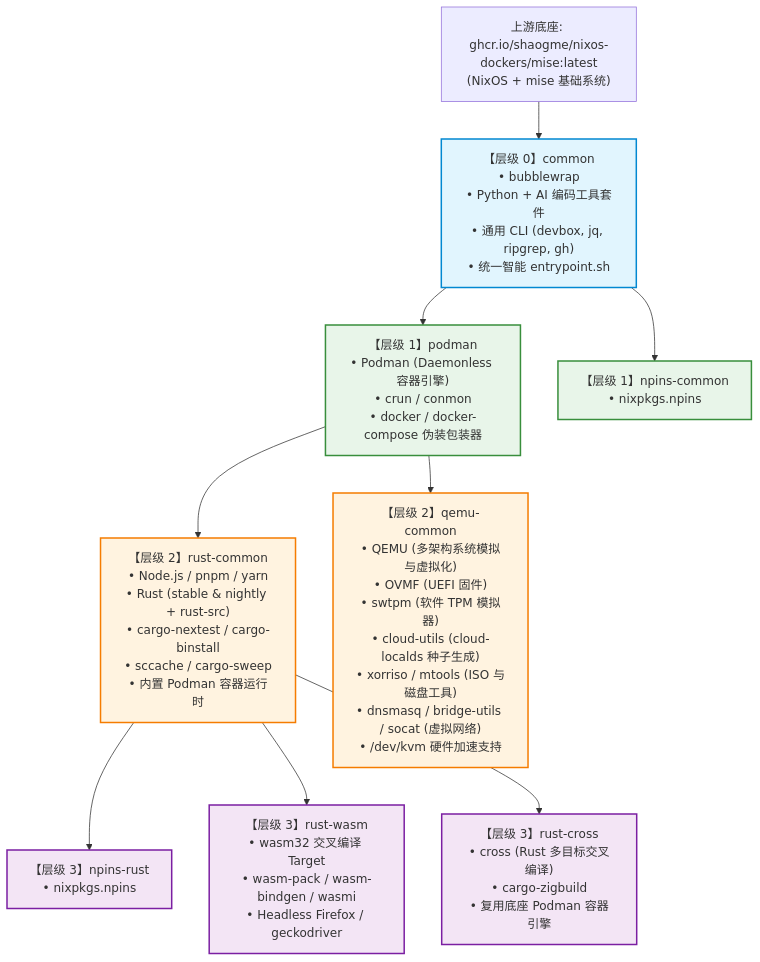
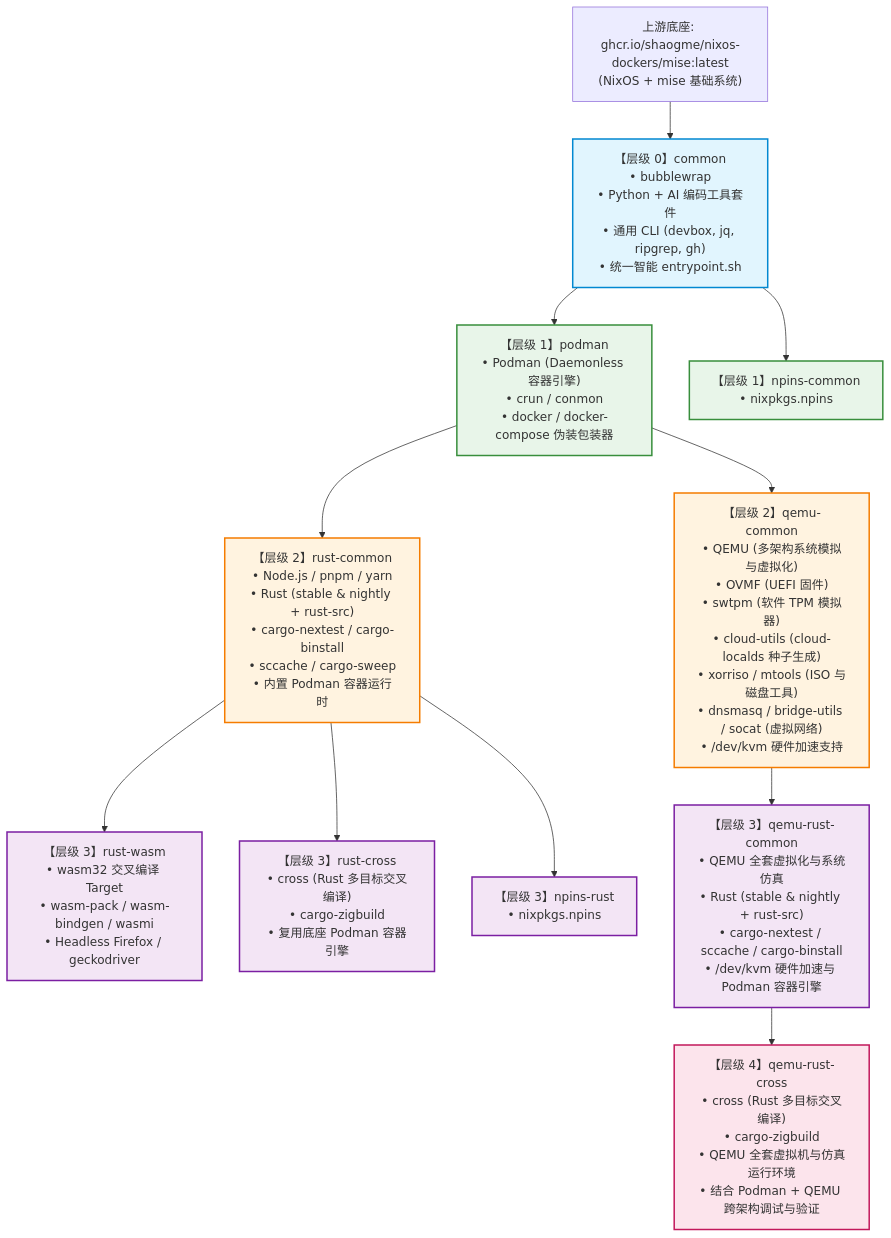
Before and after one commit to shaogme/coding-images: the first of 5 diagrams in README.md, drawn with Mermaid. The commit also changed other lines of this file and 11 other files, not shown here.

````diff
--- a/README.md
+++ b/README.md
@@ -60,39 +62,47 @@
 ```mermaid
 flowchart TD
     Upstream["上游底座: ghcr.io/shaogme/nixos-dockers/mise:latest<br/>(NixOS + mise 基础系统)"]
     
     Common["【层级 0】common<br/>• bubblewrap<br/>• Python + AI 编码工具套件<br/>• 通用 CLI (devbox, jq, ripgrep, gh)<br/>• 统一智能 entrypoint.sh"]
 
     Podman["【层级 1】podman<br/>• Podman (Daemonless 容器引擎)<br/>• crun / conmon<br/>• docker / docker-compose 伪装包装器"]
     
     NpinsCommon["【层级 1】npins-common<br/>• nixpkgs.npins"]
 
     RustCommon["【层级 2】rust-common<br/>• Node.js / pnpm / yarn<br/>• Rust (stable & nightly + rust-src)<br/>• cargo-nextest / cargo-binstall<br/>• sccache / cargo-sweep<br/>• 内置 Podman 容器运行时"]
 
     QemuCommon["【层级 2】qemu-common<br/>• QEMU (多架构系统模拟与虚拟化)<br/>• OVMF (UEFI 固件)<br/>• swtpm (软件 TPM 模拟器)<br/>• cloud-utils (cloud-localds 种子生成)<br/>• xorriso / mtools (ISO 与磁盘工具)<br/>• dnsmasq / bridge-utils / socat (虚拟网络)<br/>• /dev/kvm 硬件加速支持"]
     
     RustWasm["【层级 3】rust-wasm<br/>• wasm32 交叉编译 Target<br/>• wasm-pack / wasm-bindgen / wasmi<br/>• Headless Firefox / geckodriver"]
     
     RustCross["【层级 3】rust-cross<br/>• cross (Rust 多目标交叉编译)<br/>• cargo-zigbuild<br/>• 复用底座 Podman 容器引擎"]
 
     NpinsRust["【层级 3】npins-rust<br/>• nixpkgs.npins"]
 
+    QemuRustCommon["【层级 3】qemu-rust-common<br/>• QEMU 全套虚拟化与系统仿真<br/>• Rust (stable & nightly + rust-src)<br/>• cargo-nextest / sccache / cargo-binstall<br/>• /dev/kvm 硬件加速与 Podman 容器引擎"]
+
+    QemuRustCross["【层级 4】qemu-rust-cross<br/>• cross (Rust 多目标交叉编译)<br/>• cargo-zigbuild<br/>• QEMU 全套虚拟机与仿真运行环境<br/>• 结合 Podman + QEMU 跨架构调试与验证"]
+
     Upstream --> Common
     Common --> Podman
     Common --> NpinsCommon
     Podman --> RustCommon
     Podman --> QemuCommon
     RustCommon --> NpinsRust
     RustCommon --> RustWasm
     RustCommon --> RustCross
+    QemuCommon --> QemuRustCommon
+    QemuRustCommon --> QemuRustCross
 
     classDef base fill:#e1f5fe,stroke:#0288d1,stroke-width:2px;
     classDef l1 fill:#e8f5e9,stroke:#388e3c,stroke-width:2px;
     classDef l2 fill:#fff3e0,stroke:#f57c00,stroke-width:2px;
     classDef l3 fill:#f3e5f5,stroke:#7b1fa2,stroke-width:2px;
+    classDef l4 fill:#fce4ec,stroke:#c2185b,stroke-width:2px;
 
     class Common base;
     class Podman,NpinsCommon l1;
     class RustCommon,QemuCommon l2;
-    class NpinsRust,RustWasm,RustCross l3;
+    class NpinsRust,RustWasm,RustCross,QemuRustCommon l3;
+    class QemuRustCross l4;
 ```
````
